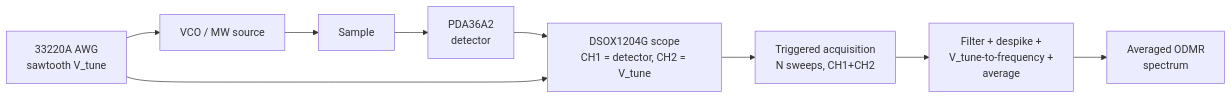
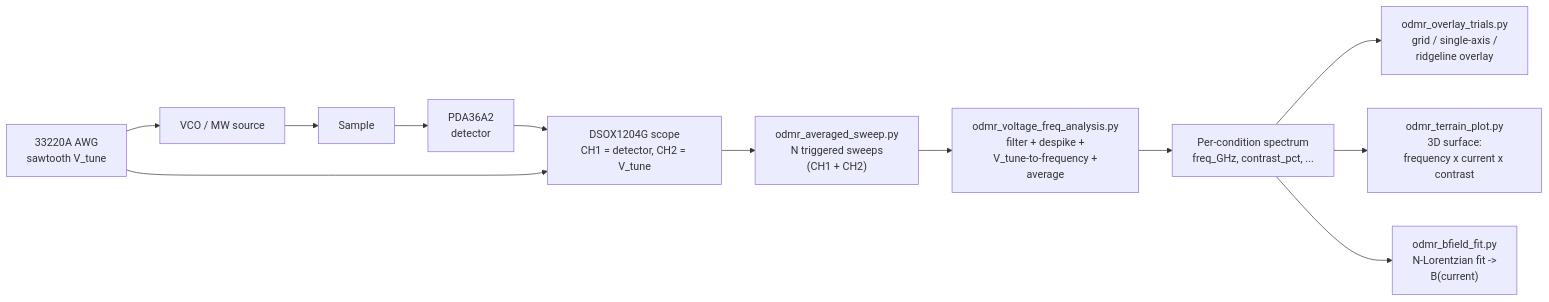
One commit to ygu60/ODMR-Phys322-Sweep-Control changed the diagram in README.md. Above: the diagram before and after it, drawn with Mermaid. The commit also changed other lines of this file and 1 other file, not shown here.

First line of the commit message:
Update README for the three cross-condition scripts, driver requirements, and add RESULTS.md

````diff
--- a/README.md
+++ b/README.md
@@ -14,8 +11,11 @@
 ```mermaid
 flowchart LR
     AWG["33220A AWG<br/>sawtooth V_tune"] --> VCO["VCO / MW source"] --> SAMPLE["Sample"] --> DET["PDA36A2<br/>detector"] --> SCOPE
     AWG --> SCOPE["DSOX1204G scope<br/>CH1 = detector, CH2 = V_tune"]
-    SCOPE --> ACQ["Triggered acquisition<br/>N sweeps, CH1+CH2"]
-    ACQ --> PROC["Filter + despike +<br/>V_tune-to-frequency +<br/>average"]
-    PROC --> OUT["Averaged ODMR<br/>spectrum"]
+    SCOPE --> ACQ["odmr_averaged_sweep.py<br/>N triggered sweeps<br/>(CH1 + CH2)"]
+    ACQ --> PROC["odmr_voltage_freq_analysis.py<br/>filter + despike +<br/>V_tune-to-frequency +<br/>average"]
+    PROC --> OUT["Per-condition spectrum<br/>freq_GHz, contrast_pct, ..."]
+    OUT --> OVERLAY["odmr_overlay_trials.py<br/>grid / single-axis /<br/>ridgeline overlay"]
+    OUT --> TERRAIN["odmr_terrain_plot.py<br/>3D surface:<br/>frequency x current x contrast"]
+    OUT --> BFIT["odmr_bfield_fit.py<br/>N-Lorentzian fit -><br/>B(current)"]
 ```
````
